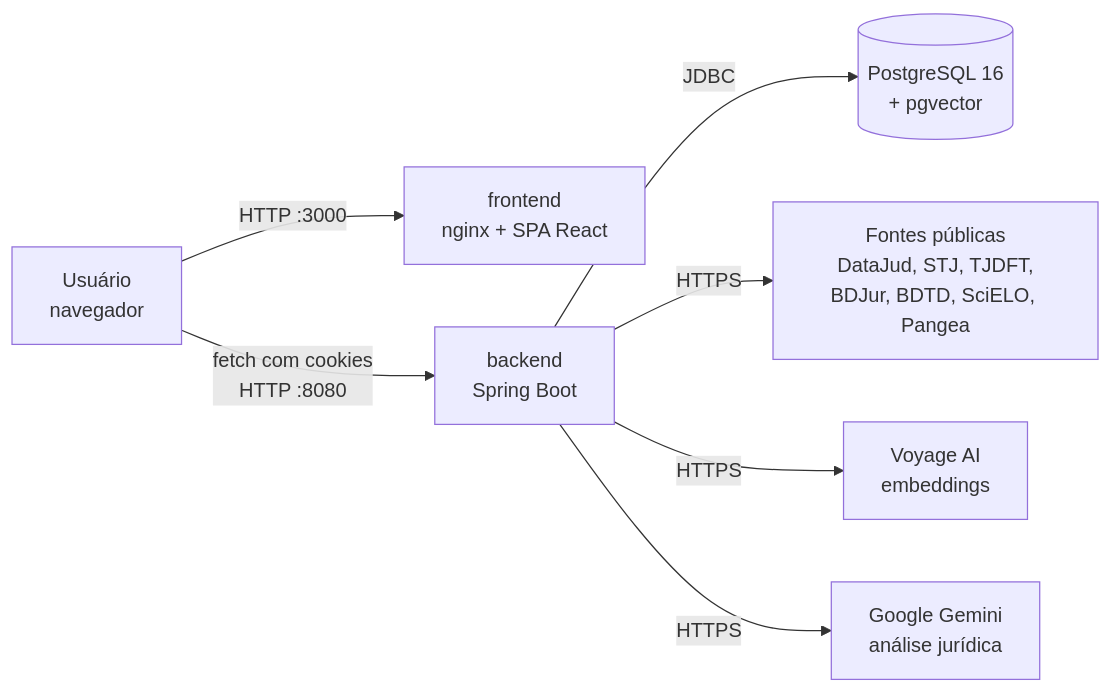
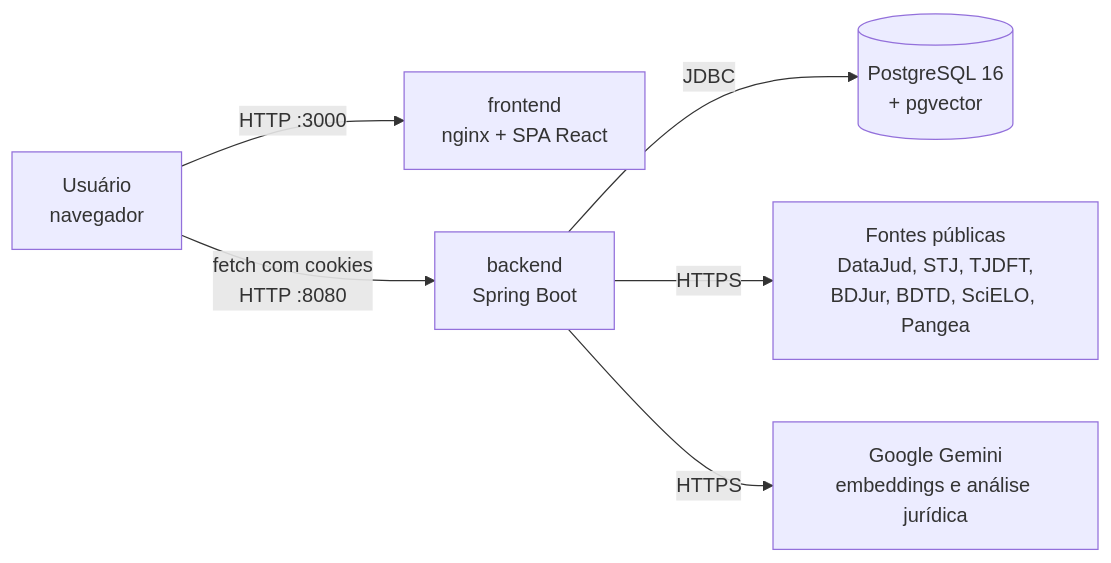
One commit to Forge-Fatec/wikilaw changed the first of 5 diagrams in docs/DOCUMENTACAO_TECNICA_DEVOPS.md. Above: the diagram before and after it, drawn with Mermaid. The commit also changed other lines of this file, not shown here.

Commit message:
docs: replace voyage with gemini in devops documentation

````diff
--- a/docs/DOCUMENTACAO_TECNICA_DEVOPS.md
+++ b/docs/DOCUMENTACAO_TECNICA_DEVOPS.md
@@ -61,9 +61,8 @@
 ```mermaid
 flowchart LR
     U[Usuário<br/>navegador] -->|HTTP :3000| F[frontend<br/>nginx + SPA React]
     U -->|fetch com cookies<br/>HTTP :8080| B[backend<br/>Spring Boot]
     B -->|JDBC| P[(PostgreSQL 16<br/>+ pgvector)]
     B -->|HTTPS| EXT[Fontes públicas<br/>DataJud, STJ, TJDFT,<br/>BDJur, BDTD, SciELO, Pangea]
-    B -->|HTTPS| V[Voyage AI<br/>embeddings]
-    B -->|HTTPS| G[Google Gemini<br/>análise jurídica]
+    B -->|HTTPS| G[Google Gemini<br/>embeddings e análise jurídica]
 ```
````
